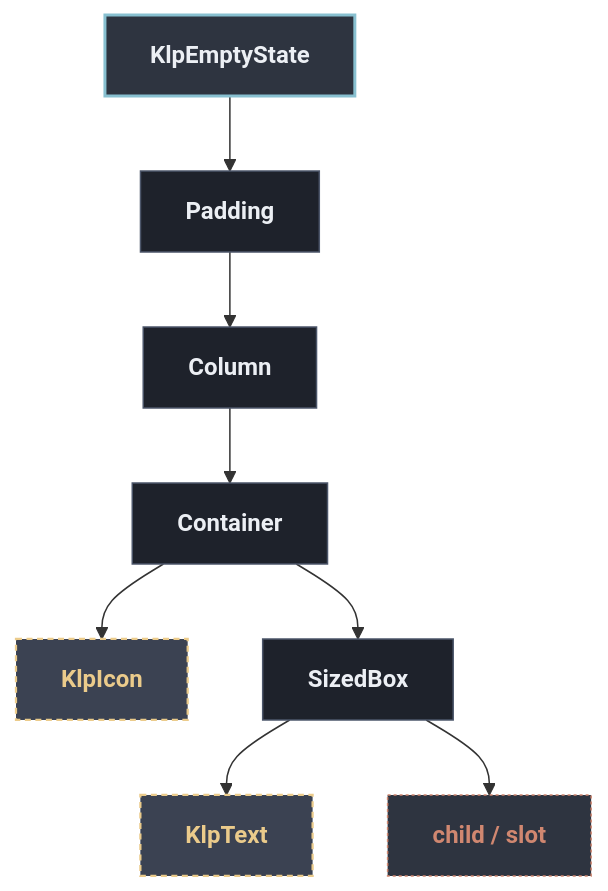
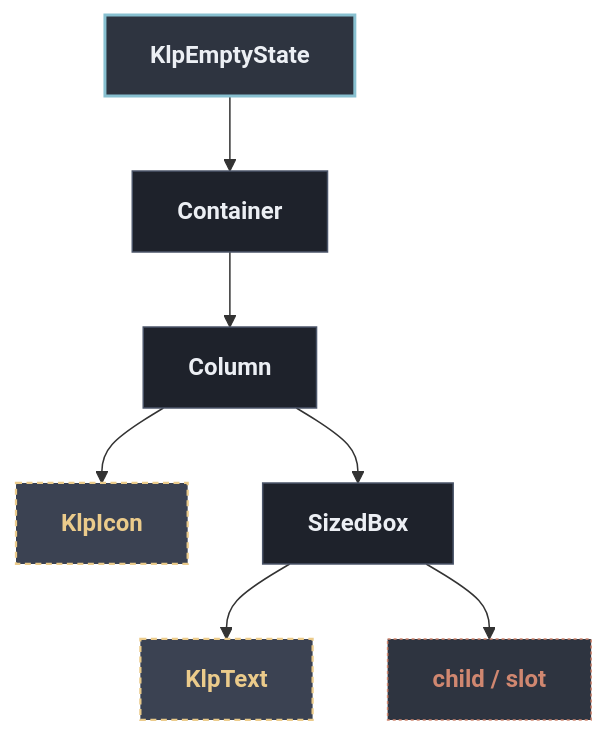
Before and after one commit to MiuDog/Kallopis: the diagram in docs/architecture/components/feedback/klp_empty_state.md, drawn with Mermaid. The commit also changed other lines of this file and 123 other files, not shown here.

First line of the commit message:
docs(architecture): regenerate per-component trees, unbreak the generator

````diff
--- a/docs/architecture/components/feedback/klp_empty_state.md
+++ b/docs/architecture/components/feedback/klp_empty_state.md
@@ -13,24 +13,22 @@
 ```mermaid
 flowchart TD
   classDef default fill:#1E222B,stroke:#4C566A,stroke-width:1px,color:#ECEFF4;
   classDef root fill:#2E3440,stroke:#88C0D0,stroke-width:2px,color:#ECEFF4,font-weight:bold;
   classDef reference fill:#3B4252,stroke:#EBCB8B,stroke-width:1.5px,stroke-dasharray: 4 3,color:#EBCB8B;
   classDef container fill:#2E3440,stroke:#A3BE8C,stroke-width:1.5px,color:#A3BE8C;
   classDef slot fill:#2E3440,stroke:#D08770,stroke-width:1px,stroke-dasharray: 2 2,color:#D08770;
 
   root["KlpEmptyState"]:::root
-  n1["Padding"]
+  n1["Container"]
   root --> n1
   n2["Column"]
   n1 --> n2
-  n3["Container"]
+  n3["KlpIcon"]:::reference
   n2 --> n3
-  n4["KlpIcon"]:::reference
-  n3 --> n4
-  n5["SizedBox"]
-  n3 --> n5
-  n6["KlpText"]:::reference
-  n5 --> n6
-  n7["child / slot"]:::slot
-  n5 --> n7
+  n4["SizedBox"]
+  n2 --> n4
+  n5["KlpText"]:::reference
+  n4 --> n5
+  n6["child / slot"]:::slot
+  n4 --> n6
 ```
````
